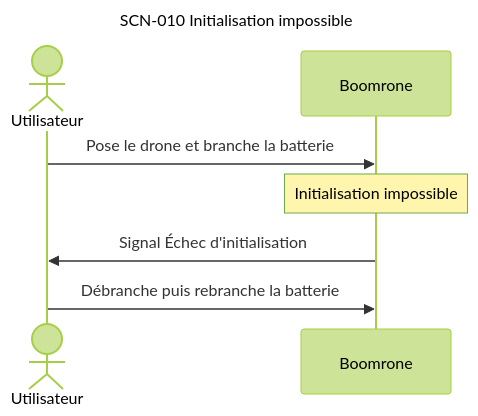
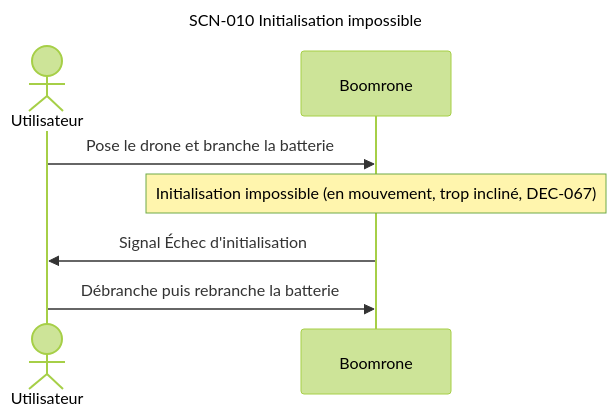
One commit to thourymatthieu-png/coworker_archi_system changed diagram 12 of 13 in projets/boomrone/00-scenarios.md. Above: the diagram before and after it, drawn with Mermaid (forest theme). The commit also changed other lines of this file and 5 other files, not shown here.

Commit message:
Boomrone : titres DEC/DOU corrigés, relectures des diagrammes, note de reprise ; règle de contradiction dans la charte

````diff
--- a/projets/boomrone/00-scenarios.md
+++ b/projets/boomrone/00-scenarios.md
@@ -431,12 +444,12 @@
 ```mermaid
 ---
 title: "SCN-010 Initialisation impossible"
 ---
 sequenceDiagram
     actor U as Utilisateur
     participant D as Boomrone
     U->>D: Pose le drone et branche la batterie
-    Note over D: Initialisation impossible
+    Note over D: Initialisation impossible (en mouvement, trop incliné, DEC-067)
     D->>U: Signal Échec d'initialisation
     U->>D: Débranche puis rebranche la batterie
 ```
````
